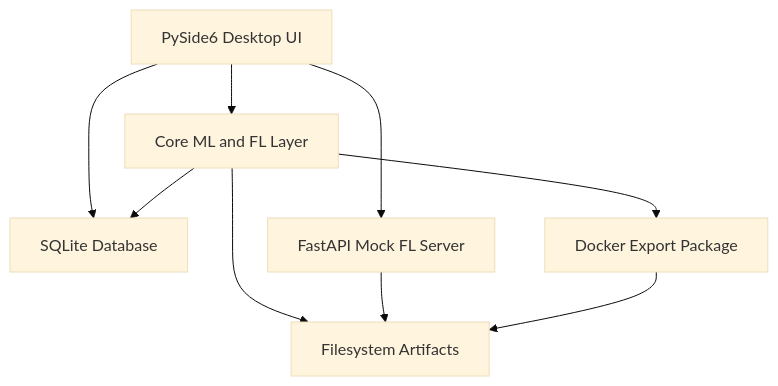
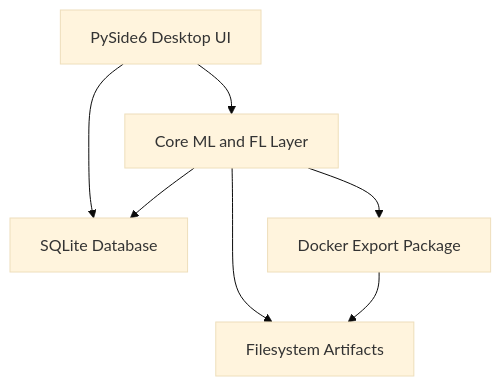
Before and after one commit to hadi-mostafa-27/health-ai-federated-learning-client: the diagram in docs/ACADEMIC_MASTER_REPORT.md, drawn with Mermaid (base theme). The commit also changed other lines of this file and 12 other files, not shown here.

````diff
--- a/docs/ACADEMIC_MASTER_REPORT.md
+++ b/docs/ACADEMIC_MASTER_REPORT.md
@@ -278,18 +272,15 @@
 ```mermaid
 flowchart TB
     UI["PySide6 Desktop UI"]
     Core["Core ML and FL Layer"]
     DB["SQLite Database"]
     FS["Filesystem Artifacts"]
-    Server["FastAPI Mock FL Server"]
     Docker["Docker Export Package"]
 
     UI --> Core
     UI --> DB
     Core --> DB
     Core --> FS
-    UI --> Server
-    Server --> FS
     Core --> Docker
     Docker --> FS
 ```
````
